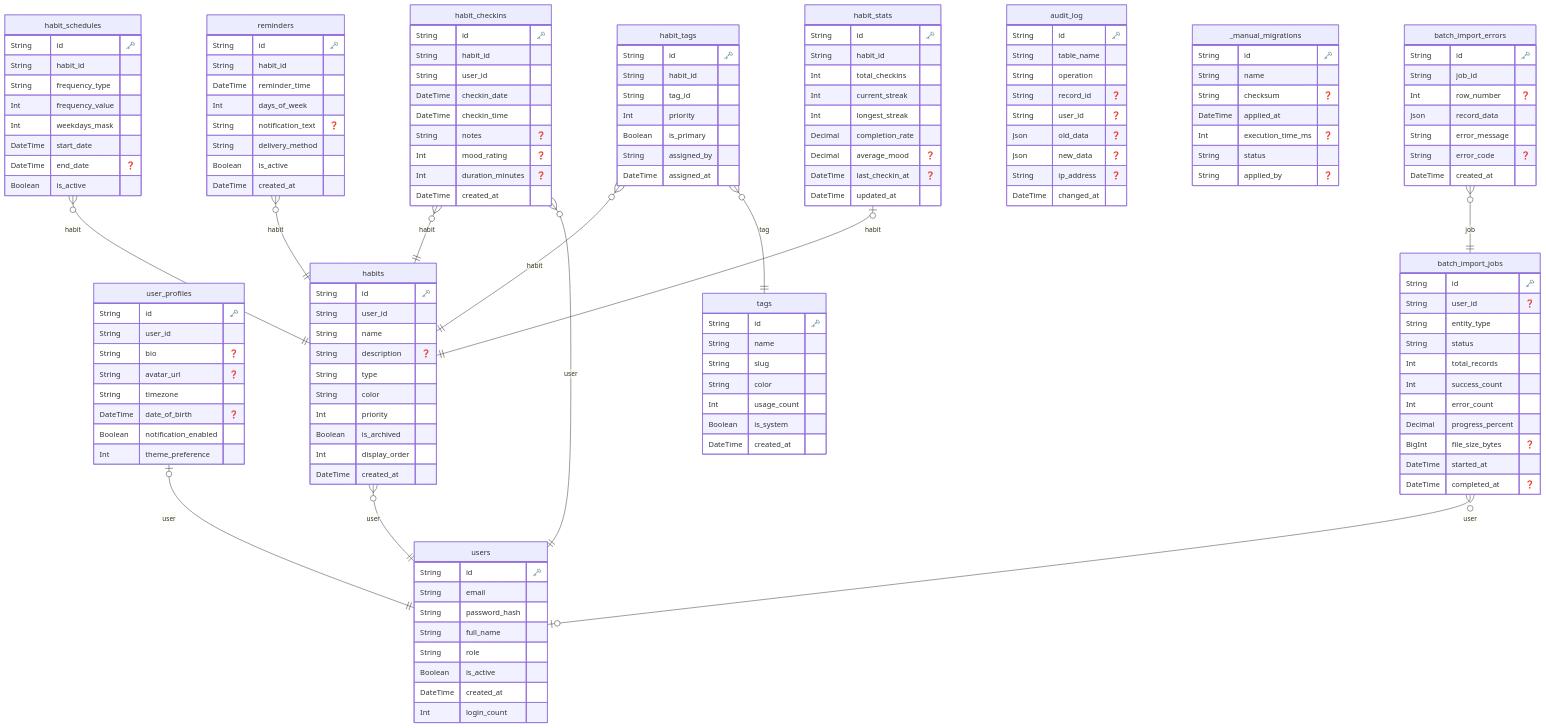
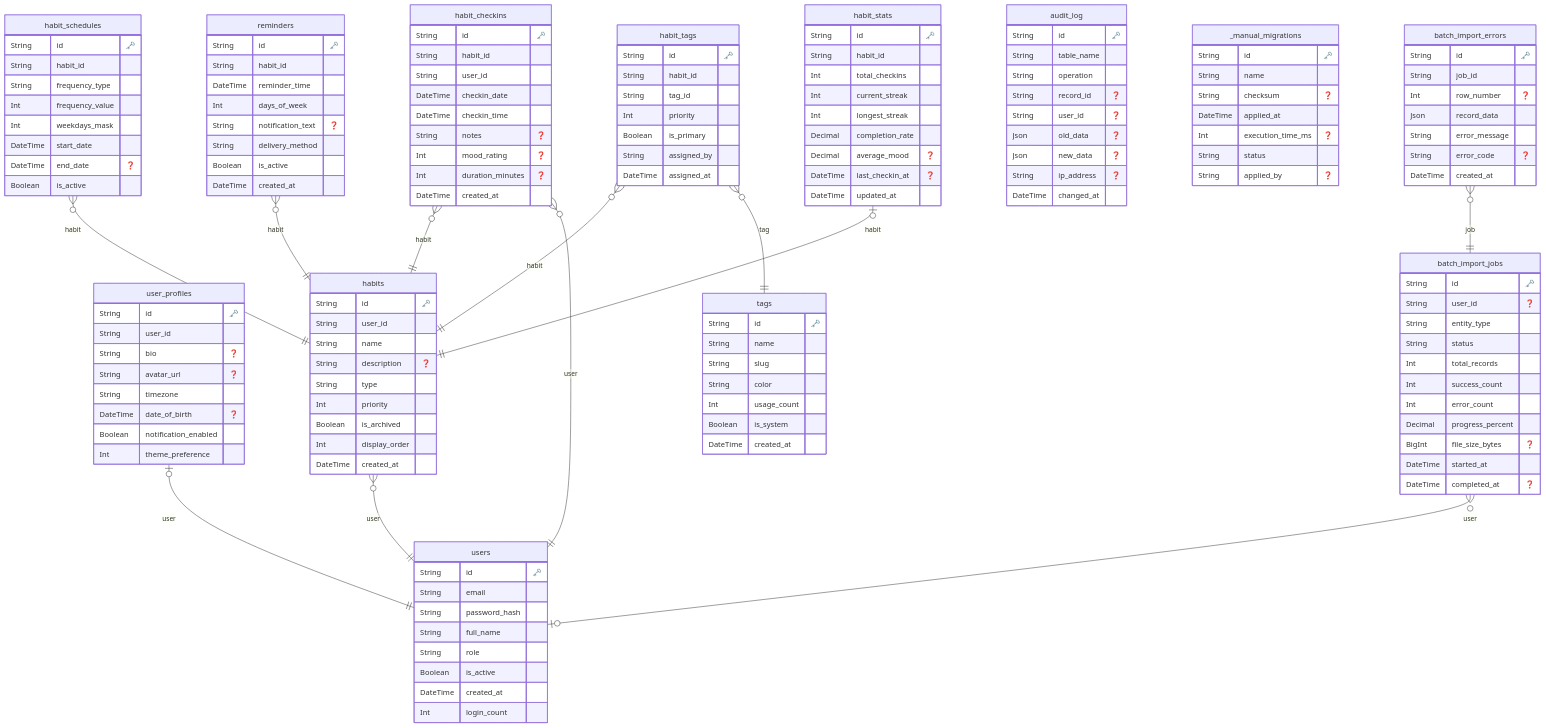
One commit to Che4ve/CourseProj_DB changed the diagram in packages/db/prisma/ERD.md. Above: the diagram before and after it, drawn with Mermaid. The commit also changed 9 other files, not shown here.

```diff
--- a/packages/db/prisma/ERD.md
+++ b/packages/db/prisma/ERD.md
@@ -31,7 +31,6 @@
     String name 
     String description "❓"
     String type 
-    String color 
     Int priority 
     Boolean is_archived 
     Int display_order 
```
